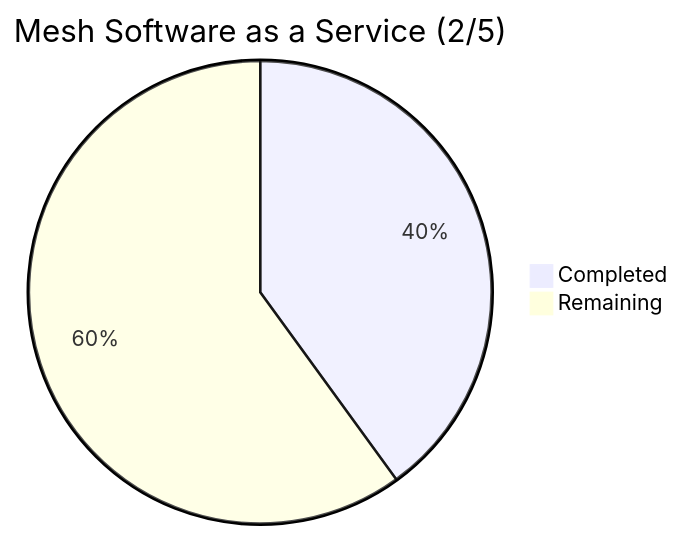
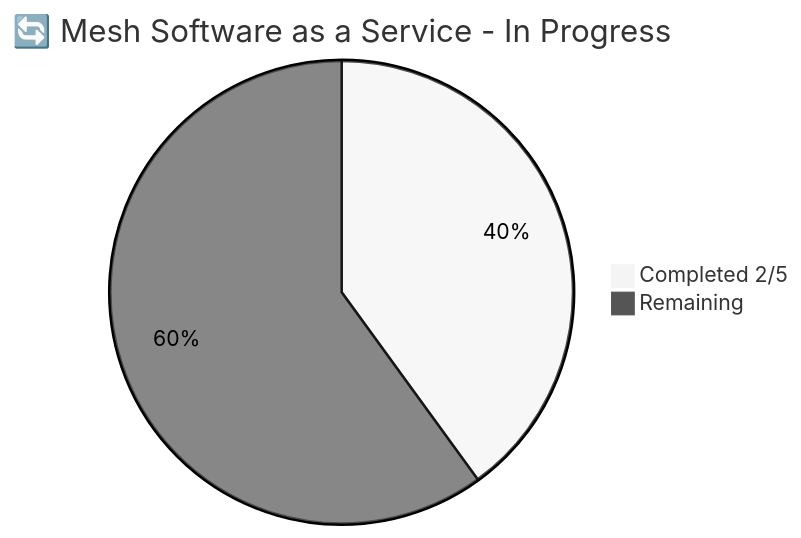
One commit to Andre-Diamond/test changed the third of 10 diagrams in README.md. Above: the diagram before and after it, drawn with Mermaid. The commit also changed other lines of this file, not shown here.

Commit message:
Update MeshJS Catalyst Projects README

````diff
--- a/README.md
+++ b/README.md
@@ -135,5 +153,7 @@
 ```mermaid
-pie title Mesh Software as a Service (2/5)
-    "Completed" : 2
+%%{init: {'theme':'neutral'}}%%
+pie
+    title 🔄 Mesh Software as a Service - In Progress
+    "Completed 2/5" : 2
     "Remaining" : 3
 ```
````
